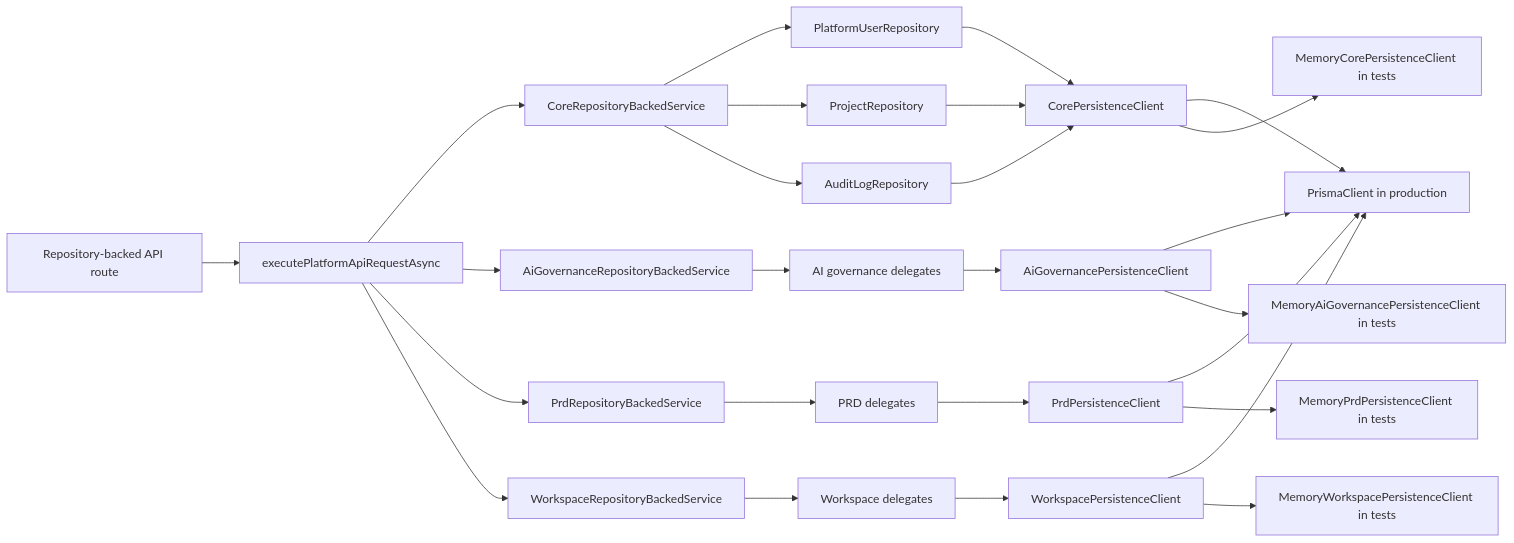
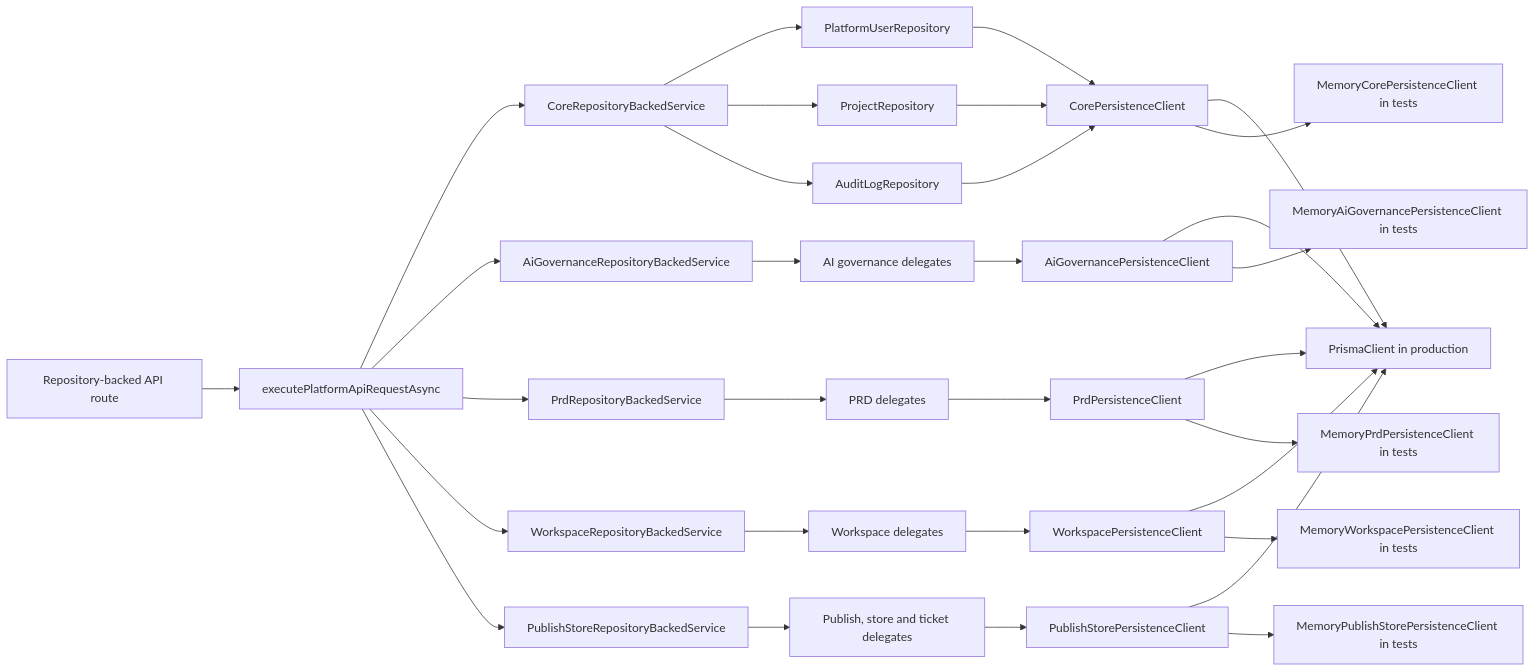
One commit to horizonxlabs/horizon changed the diagram in docs/operations/real-mvp-persistence.md. Above: the diagram before and after it, drawn with Mermaid. The commit also changed other lines of this file and 6 other files, not shown here.

Commit message:
feat: persist publish store runtime routes

````diff
--- a/docs/operations/real-mvp-persistence.md
+++ b/docs/operations/real-mvp-persistence.md
@@ -21,28 +22,33 @@
 ```mermaid
 flowchart LR
   A["Repository-backed API route"] --> B["executePlatformApiRequestAsync"]
   B --> C["CoreRepositoryBackedService"]
   B --> J["AiGovernanceRepositoryBackedService"]
   B --> N["PrdRepositoryBackedService"]
   B --> R["WorkspaceRepositoryBackedService"]
+  B --> V["PublishStoreRepositoryBackedService"]
   C --> D["PlatformUserRepository"]
   C --> E["ProjectRepository"]
   C --> F["AuditLogRepository"]
   J --> K["AI governance delegates"]
   N --> O["PRD delegates"]
   R --> S["Workspace delegates"]
+  V --> W["Publish, store and ticket delegates"]
   D --> G["CorePersistenceClient"]
   E --> G
   F --> G
   K --> L["AiGovernancePersistenceClient"]
   O --> P["PrdPersistenceClient"]
   S --> T["WorkspacePersistenceClient"]
+  W --> X["PublishStorePersistenceClient"]
   G --> H["PrismaClient in production"]
   G --> I["MemoryCorePersistenceClient in tests"]
   L --> H
   L --> M["MemoryAiGovernancePersistenceClient in tests"]
   P --> H
   P --> Q["MemoryPrdPersistenceClient in tests"]
   T --> H
   T --> U["MemoryWorkspacePersistenceClient in tests"]
+  X --> H
+  X --> Y["MemoryPublishStorePersistenceClient in tests"]
 ```
````
